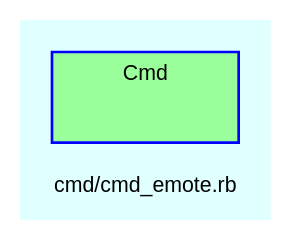
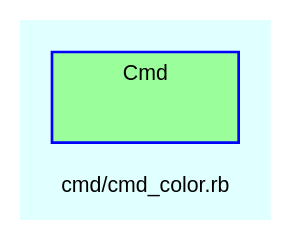
One commit to Tyche/teensymud changed the diagram in doc/dot/f_15.dot. Above: the diagram before and after it, drawn with Graphviz. The commit also changed 166 other files, not shown here.

```diff
--- a/doc/dot/f_15.dot
+++ b/doc/dot/f_15.dot
@@ -1,29 +1,29 @@
 digraph TopLevel {
     compound = true
     bgcolor = lightcyan1
     fontname = Arial
     fontsize = 8
-    label = "cmd/cmd_emote.rb"
+    label = "cmd/cmd_color.rb"
     node [
         fontname = Arial,
         fontsize = 8,
         color = black
     ]
 
     subgraph cluster_Cmd {
         fillcolor = palegreen1
         URL = "classes/Cmd.html"
         fontname = Arial
         color = blue
         label = "Cmd"
         style = filled
         Cmd [
             shape = plaintext,
             height = 0.01,
             width = 0.75,
             label = ""
         ]
 
     }
 
 }
```
